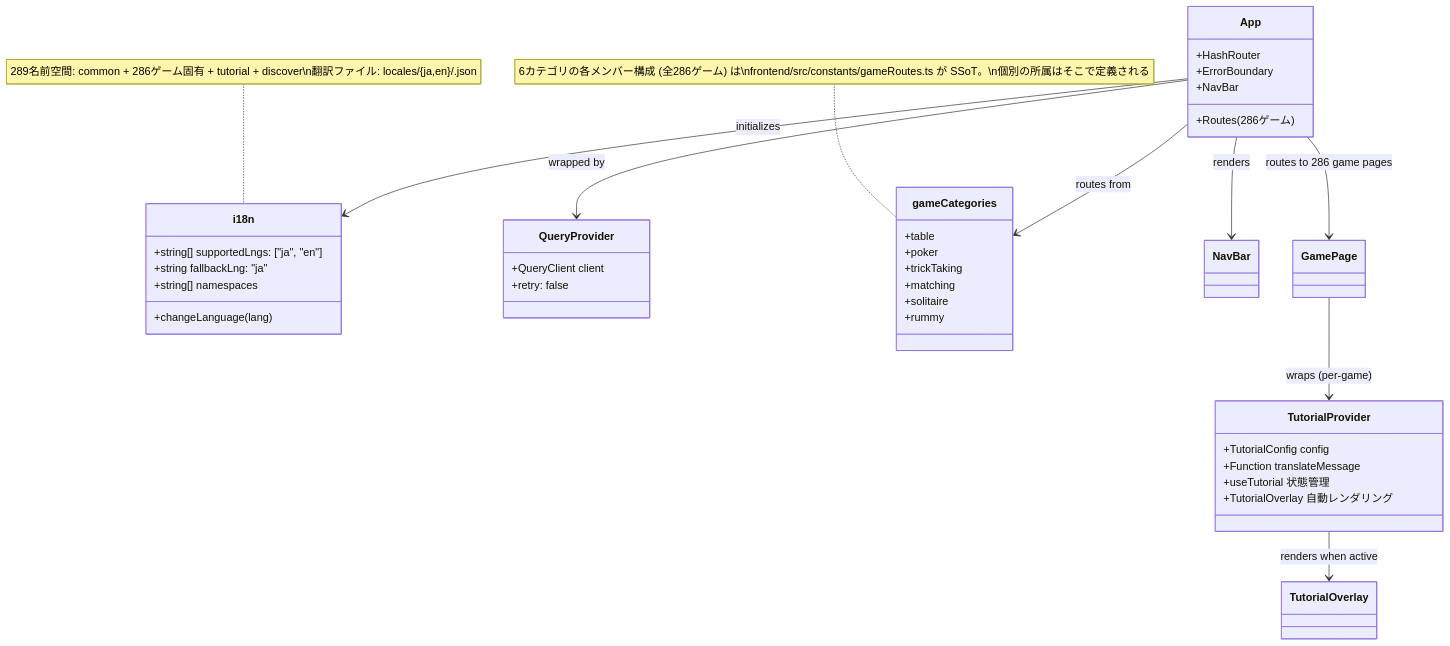
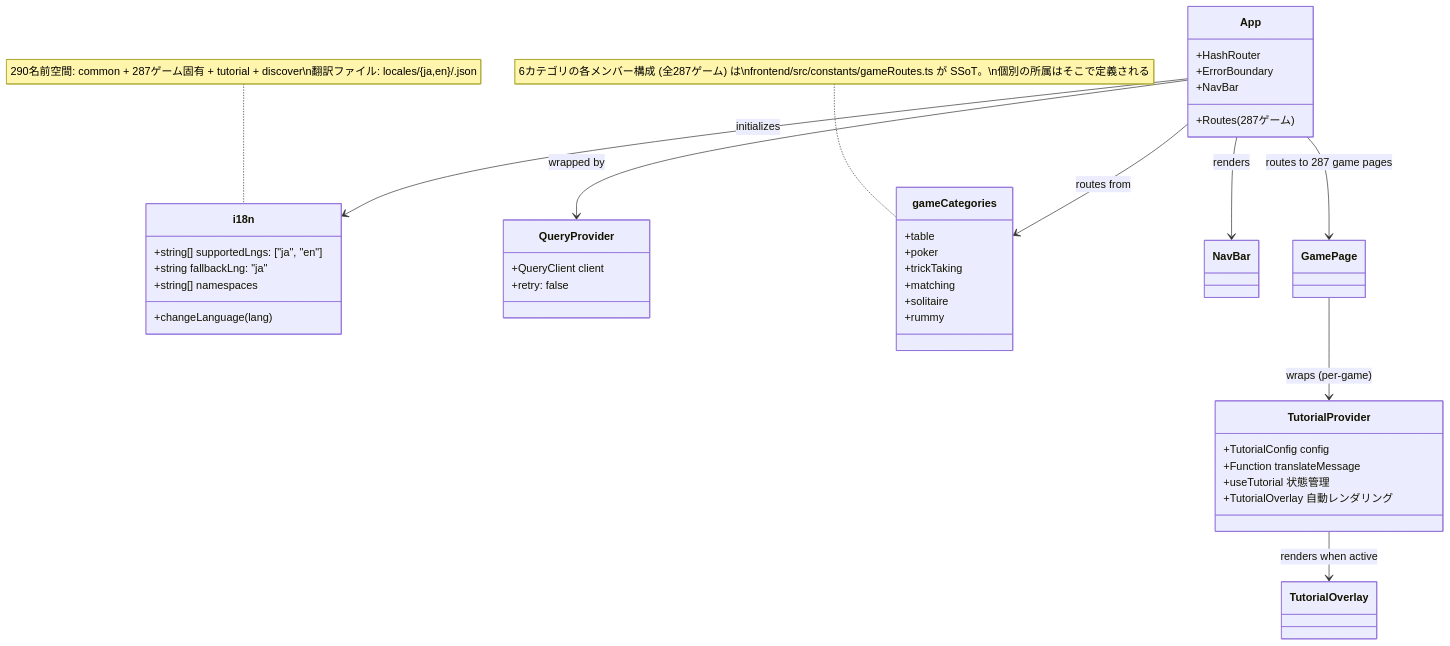
The ninth of 49 diagrams in docs/design/frontend.md (yuta-yoshinaga/go_trumpcards), drawn with Mermaid before and after one commit. The commit also changed other lines of this file and 62 other files, not shown here.

````diff
--- a/docs/design/frontend.md
+++ b/docs/design/frontend.md
@@ -1869,48 +1869,48 @@
 ```mermaid
 classDiagram
     class i18n {
         +string[] supportedLngs: ["ja", "en"]
         +string fallbackLng: "ja"
         +string[] namespaces
         +changeLanguage(lang)
     }
 
     class QueryProvider {
         +QueryClient client
         +retry: false
     }
 
     class App {
         +HashRouter
         +ErrorBoundary
         +NavBar
-        +Routes (286ゲーム)
+        +Routes (287ゲーム)
     }
 
     class gameCategories {
         +table
         +poker
         +trickTaking
         +matching
         +solitaire
         +rummy
     }
-    note for gameCategories "6カテゴリの各メンバー構成 (全286ゲーム) は\nfrontend/src/constants/gameRoutes.ts が SSoT。\n個別の所属はそこで定義される"
+    note for gameCategories "6カテゴリの各メンバー構成 (全287ゲーム) は\nfrontend/src/constants/gameRoutes.ts が SSoT。\n個別の所属はそこで定義される"
 
     class TutorialProvider {
         +TutorialConfig config
         +Function translateMessage
         +useTutorial 状態管理
         +TutorialOverlay 自動レンダリング
     }
 
     App --> QueryProvider : wrapped by
     App --> i18n : initializes
     App --> gameCategories : routes from
     App --> NavBar : renders
-    App --> GamePage : routes to 286 game pages
+    App --> GamePage : routes to 287 game pages
     GamePage --> TutorialProvider : wraps (per-game)
     TutorialProvider --> TutorialOverlay : renders when active
 
-    note for i18n "289名前空間: common + 286ゲーム固有 + tutorial + discover\n翻訳ファイル: locales/{ja,en}/<game>.json"
+    note for i18n "290名前空間: common + 287ゲーム固有 + tutorial + discover\n翻訳ファイル: locales/{ja,en}/<game>.json"
 ```
````
